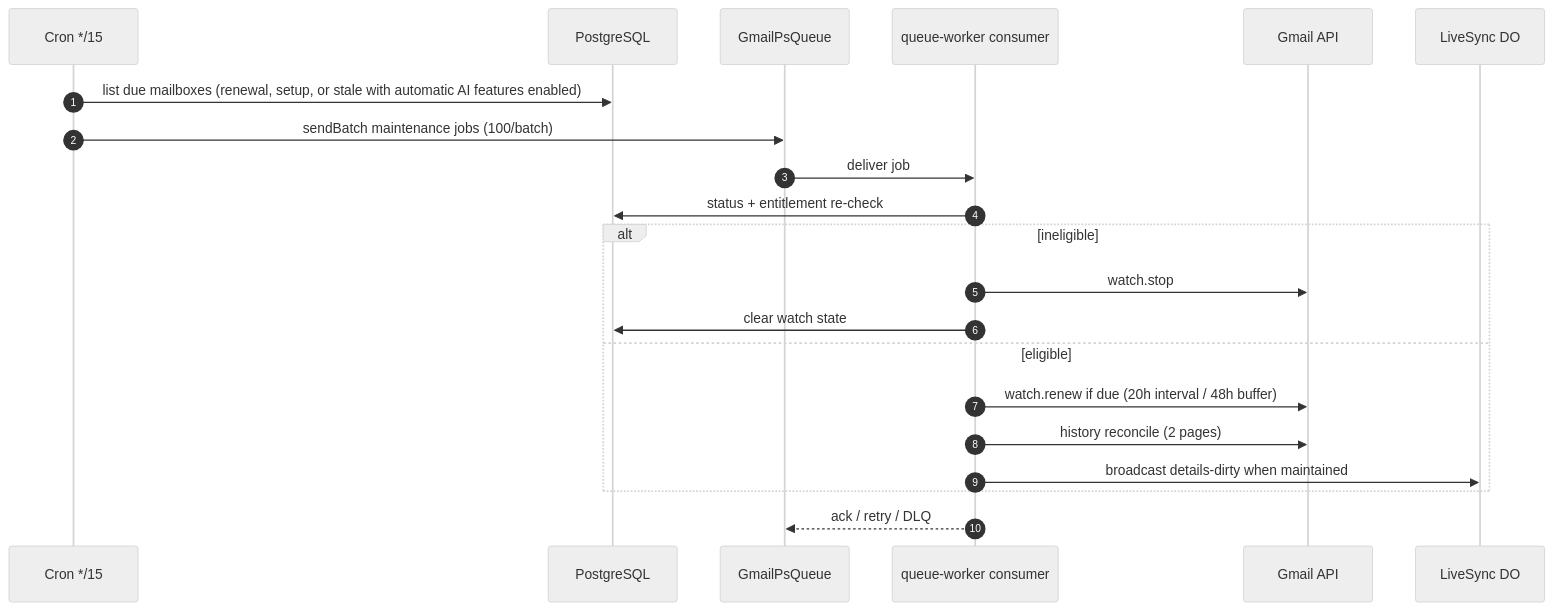
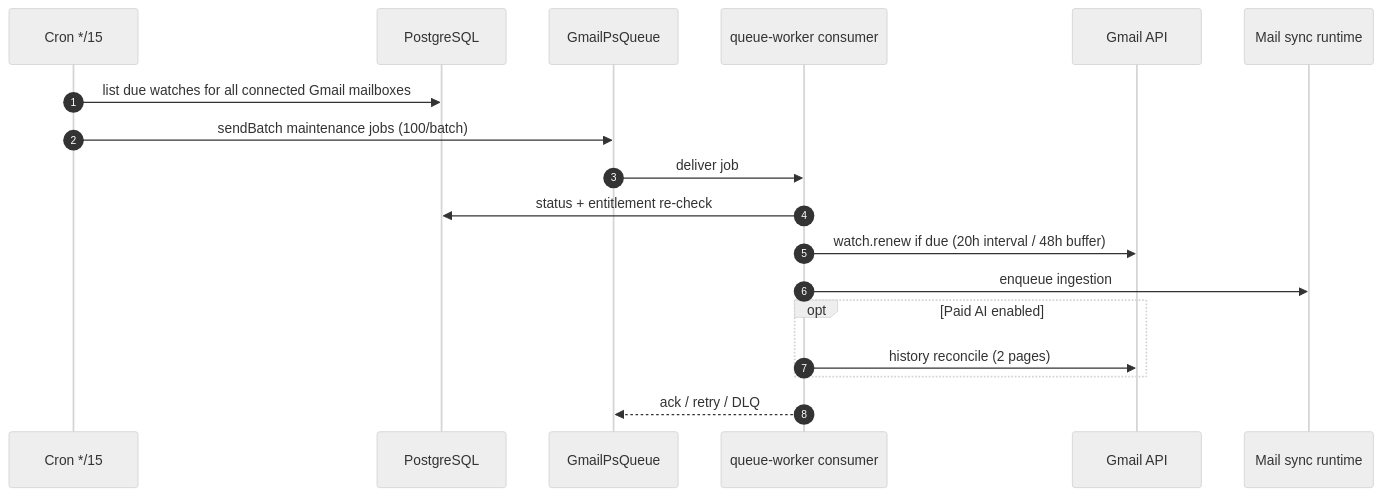
The third of 6 diagrams in docs/infrastructure-map.md (quieter-email/quieter), drawn with Mermaid (neutral theme) before and after one commit. The commit also changed other lines of this file and 229 other files, not shown here.

First line of the commit message:
feat(sync): add custom mail engine with team Gmail limits (#281)

````diff
--- a/docs/infrastructure-map.md
+++ b/docs/infrastructure-map.md
@@ -192,24 +207,21 @@
 ```mermaid
 sequenceDiagram
     autonumber
     participant CR as Cron */15
     participant DB as PostgreSQL
     participant Q as GmailPsQueue
     participant C as queue-worker consumer
     participant A as Gmail API
-    participant D as LiveSync DO
+    participant S as Mail sync runtime
 
-    CR->>DB: list due mailboxes (renewal, setup, or stale with automatic AI features enabled)
+    CR->>DB: list due watches for all connected Gmail mailboxes
     CR->>Q: sendBatch maintenance jobs (100/batch)
     Q->>C: deliver job
     C->>DB: status + entitlement re-check
-    alt ineligible
-        C->>A: watch.stop
-        C->>DB: clear watch state
-    else eligible
-        C->>A: watch.renew if due (20h interval / 48h buffer)
+    C->>A: watch.renew if due (20h interval / 48h buffer)
+    C->>S: enqueue ingestion
+    opt Paid AI enabled
         C->>A: history reconcile (2 pages)
-        C->>D: broadcast details-dirty when maintained
     end
     C-->>Q: ack / retry / DLQ
 ```
````
